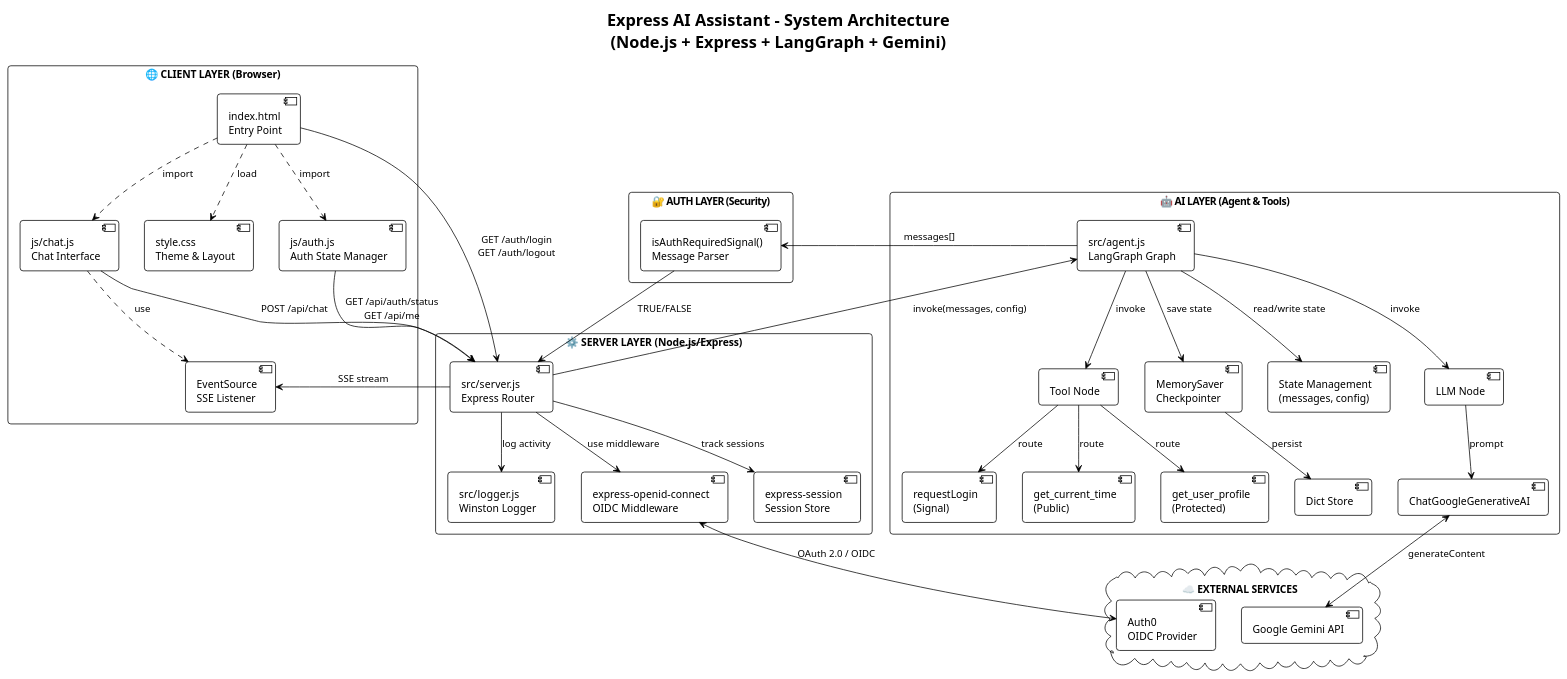
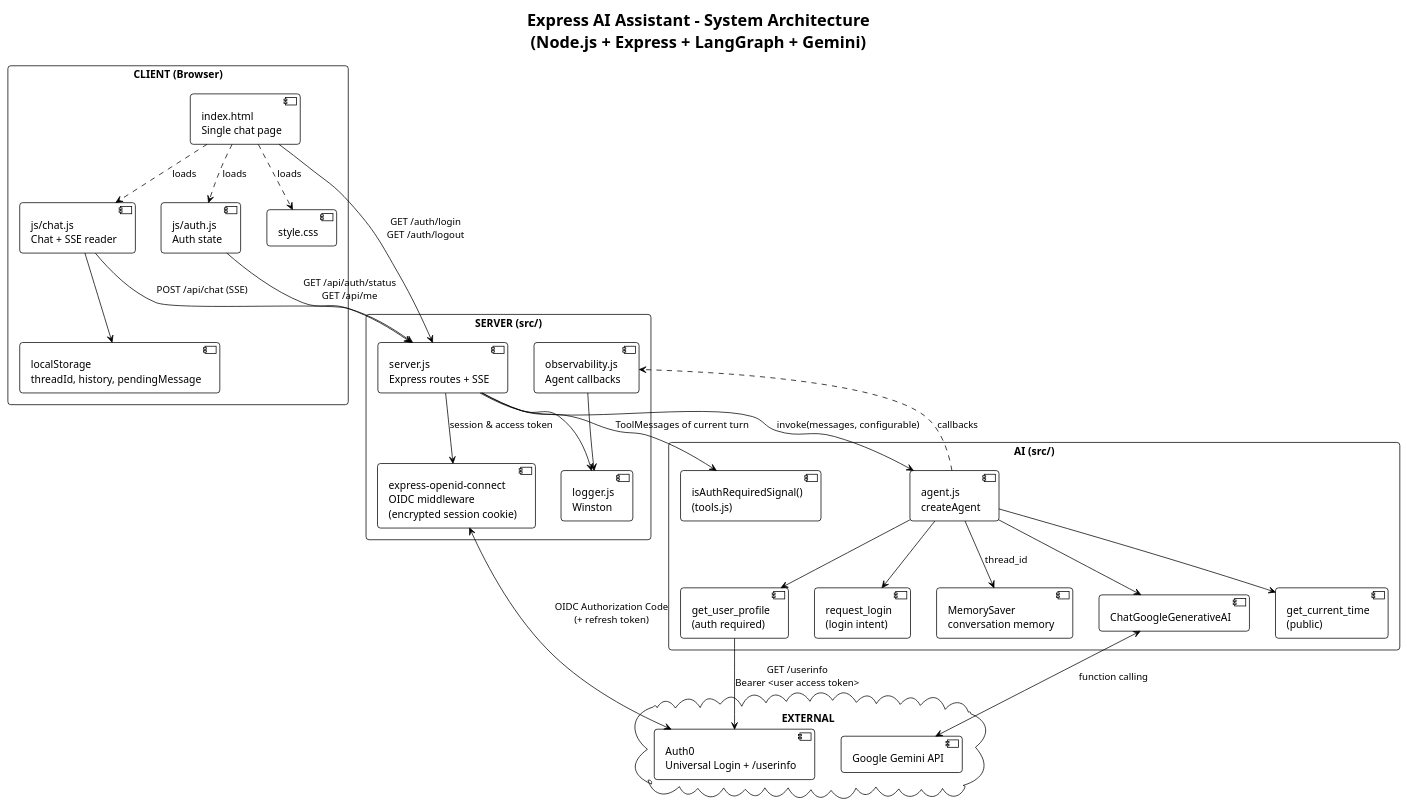
One commit to malotian/node-ai-assitant changed the diagram in docs/ARCHITECTURE.puml. Above: the diagram before and after it, drawn with PlantUML. The commit also changed other lines of this file and 17 other files, not shown here.

First line of the commit message:
docs: remove duplicate diagrams, sync docs with code, clean up

```diff
--- a/docs/ARCHITECTURE.puml
+++ b/docs/ARCHITECTURE.puml
@@ -1,84 +1,66 @@
 @startuml Express_AI_Assistant_Architecture
 !theme plain
 skinparam componentStyle uml2
 skinparam packageStyle rectangle
 skinparam shadowing false
 skinparam roundcorner 8
 skinparam defaultFontName Arial
 
 title Express AI Assistant - System Architecture\n(Node.js + Express + LangGraph + Gemini)
 
-package "🌐 CLIENT LAYER (Browser)" {
-    [index.html\nEntry Point] as HTML
-    [js/auth.js\nAuth State Manager] as AuthUI
-    [js/chat.js\nChat Interface] as ChatUI
-    [style.css\nTheme & Layout] as Style
-    [EventSource\nSSE Listener] as EventListener
+package "CLIENT (Browser)" {
+    [index.html\nSingle chat page] as HTML
+    [js/auth.js\nAuth state] as AuthUI
+    [js/chat.js\nChat + SSE reader] as ChatUI
+    [style.css] as Style
+    [localStorage\nthreadId, history, pendingMessage] as LocalStore
 }
 
-package "⚙️ SERVER LAYER (Node.js/Express)" {
-    [src/server.js\nExpress Router] as Server
-    [express-openid-connect\nOIDC Middleware] as OIDC
-    [express-session\nSession Store] as SessionStore
-    [src/logger.js\nWinston Logger] as Logger
+package "SERVER (src/)" {
+    [server.js\nExpress routes + SSE] as Server
+    [express-openid-connect\nOIDC middleware\n(encrypted session cookie)] as OIDC
+    [logger.js\nWinston] as Logger
+    [observability.js\nAgent callbacks] as Obs
 }
 
-package "🤖 AI LAYER (Agent & Tools)" {
-    [src/agent.js\nLangGraph Graph] as Agent
-    [State Management\n(messages, config)] as AgentState
-    [LLM Node] as LLMNode
-    [Tool Node] as ToolNode
-    [get_current_time\n(Public)] as ToolPublic
-    [get_user_profile\n(Protected)] as ToolProtected
-    [requestLogin\n(Signal)] as ToolLogin
-    [MemorySaver\nCheckpointer] as Memory
-    [Dict Store] as MemStore
+package "AI (src/)" {
+    [agent.js\ncreateAgent] as Agent
+    [MemorySaver\nconversation memory] as Memory
     [ChatGoogleGenerativeAI] as LLMClient
+    [get_current_time\n(public)] as ToolTime
+    [get_user_profile\n(auth required)] as ToolProfile
+    [request_login\n(login intent)] as ToolLogin
+    [isAuthRequiredSignal()\n(tools.js)] as SignalDetector
 }
 
-package "🔐 AUTH LAYER (Security)" {
-    [isAuthRequiredSignal()\nMessage Parser] as SignalDetector
-}
-
-cloud "☁️ EXTERNAL SERVICES" {
-    [Auth0\nOIDC Provider] as Auth0
+cloud "EXTERNAL" {
+    [Auth0\nUniversal Login + /userinfo] as Auth0
     [Google Gemini API] as GeminiAPI
 }
 
-' === INTERNAL STRUCTURE ===
-HTML ..> AuthUI : import
-HTML ..> ChatUI : import
-HTML ..> Style : load
-ChatUI ..> EventListener : use
+HTML ..> AuthUI : loads
+HTML ..> ChatUI : loads
+HTML ..> Style : loads
+ChatUI --> LocalStore
 
-Server --> OIDC : use middleware
-Server --> SessionStore : track sessions
-Server --> Logger : log activity
-
-Agent --> AgentState : read/write state
-Agent --> LLMNode : invoke
-Agent --> ToolNode : invoke
-LLMNode --> LLMClient : prompt
-LLMClient <--> GeminiAPI : generateContent
-
-ToolNode --> ToolPublic : route
-ToolNode --> ToolProtected : route
-ToolNode --> ToolLogin : route
-
-Agent --> Memory : save state
-Memory --> MemStore : persist
-
-' === CROSS-LAYER CONNECTIONS ===
-ChatUI --> Server : POST /api/chat
-Server --> Agent : invoke(messages, config)
-Agent --> SignalDetector : messages[]
-SignalDetector --> Server : TRUE/FALSE
-
-Server --> EventListener : SSE stream
-
+ChatUI --> Server : POST /api/chat (SSE)
 AuthUI --> Server : GET /api/auth/status\nGET /api/me
 HTML --> Server : GET /auth/login\nGET /auth/logout
 
-OIDC <--> Auth0 : OAuth 2.0 / OIDC
+Server --> OIDC : session & access token
+OIDC <--> Auth0 : OIDC Authorization Code\n(+ refresh token)
+Server --> Logger
+Obs --> Logger
+
+Server --> Agent : invoke(messages, configurable)
+Agent ..> Obs : callbacks
+Agent --> Memory : thread_id
+Agent --> LLMClient
+LLMClient <--> GeminiAPI : function calling
+Agent --> ToolTime
+Agent --> ToolProfile
+Agent --> ToolLogin
+ToolProfile --> Auth0 : GET /userinfo\nBearer <user access token>
+Server --> SignalDetector : ToolMessages of current turn
 
 @enduml
```
